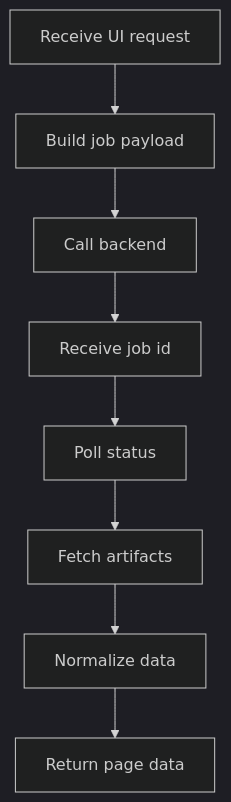
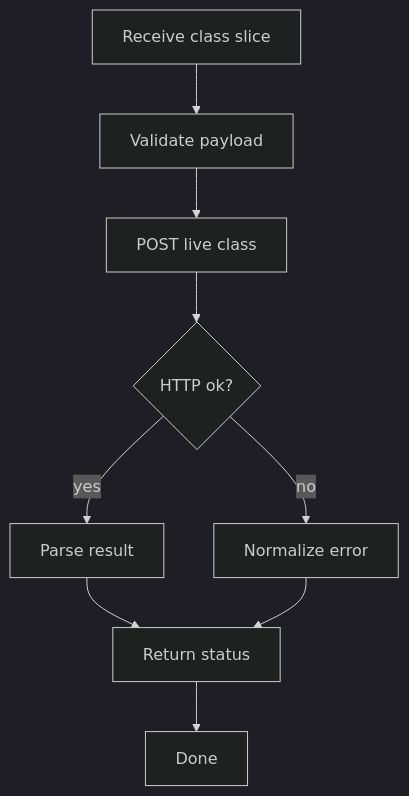
Before and after one commit to JohnAndrewBalbarosa/NeoTerritory: the diagram in docs/Codebase/Frontend/scripts/api.js.md, drawn with Mermaid (dark theme). The commit also changed other lines of this file and 25 other files, not shown here.

First line of the commit message:
Update docs for live class-analysis flow

````diff
--- a/docs/Codebase/Frontend/scripts/api.js.md
+++ b/docs/Codebase/Frontend/scripts/api.js.md
@@ -21,18 +23,19 @@
 ```mermaid
 flowchart TD
-    Start["Receive UI request"]
-    N0["Build job payload"]
-    N1["Call backend"]
-    N2["Receive job id"]
-    N3["Poll status"]
-    N4["Fetch artifacts"]
-    N5["Normalize data"]
-    End["Return page data"]
+    Start["Receive class slice"]
+    N0["Validate payload"]
+    N1["POST live class"]
+    D1{"HTTP ok?"}
+    N2["Normalize error"]
+    N3["Parse result"]
+    N4["Return status"]
+    End["Done"]
     Start --> N0
     N0 --> N1
-    N1 --> N2
-    N2 --> N3
+    N1 --> D1
+    D1 -->|no| N2
+    D1 -->|yes| N3
     N3 --> N4
-    N4 --> N5
-    N5 --> End
+    N2 --> N4
+    N4 --> End
 ```
````
